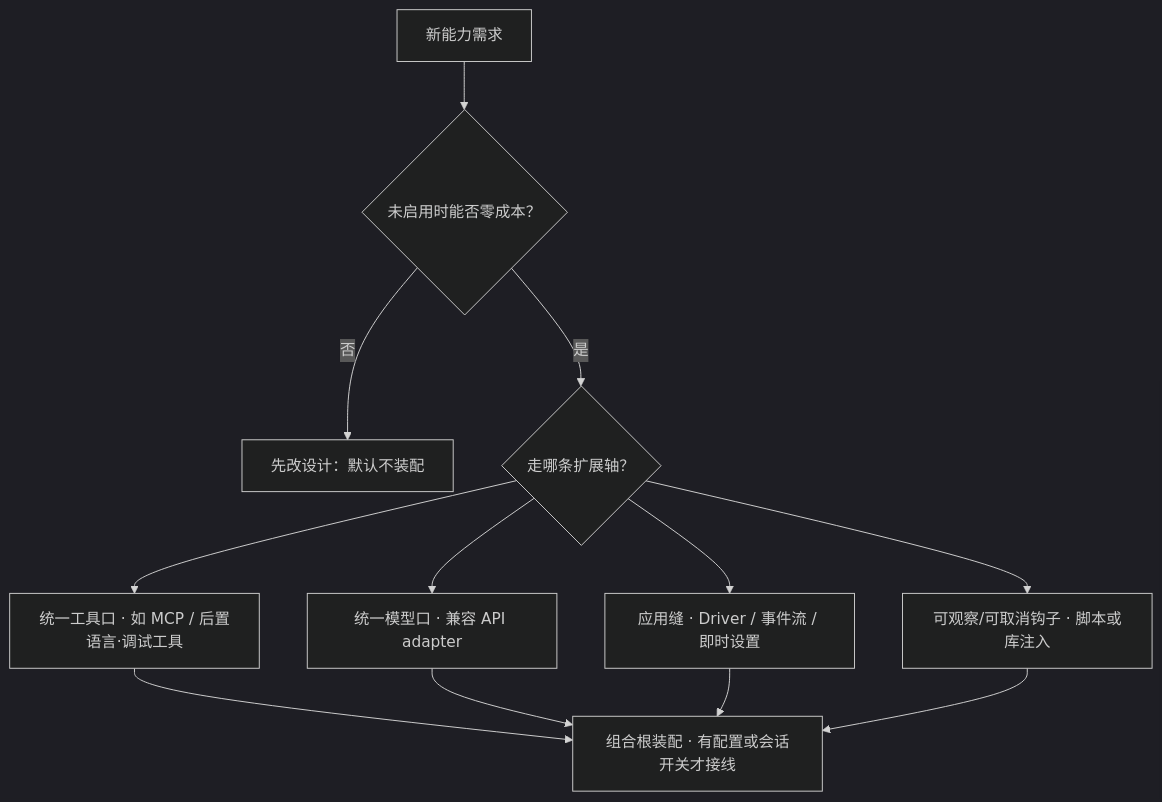
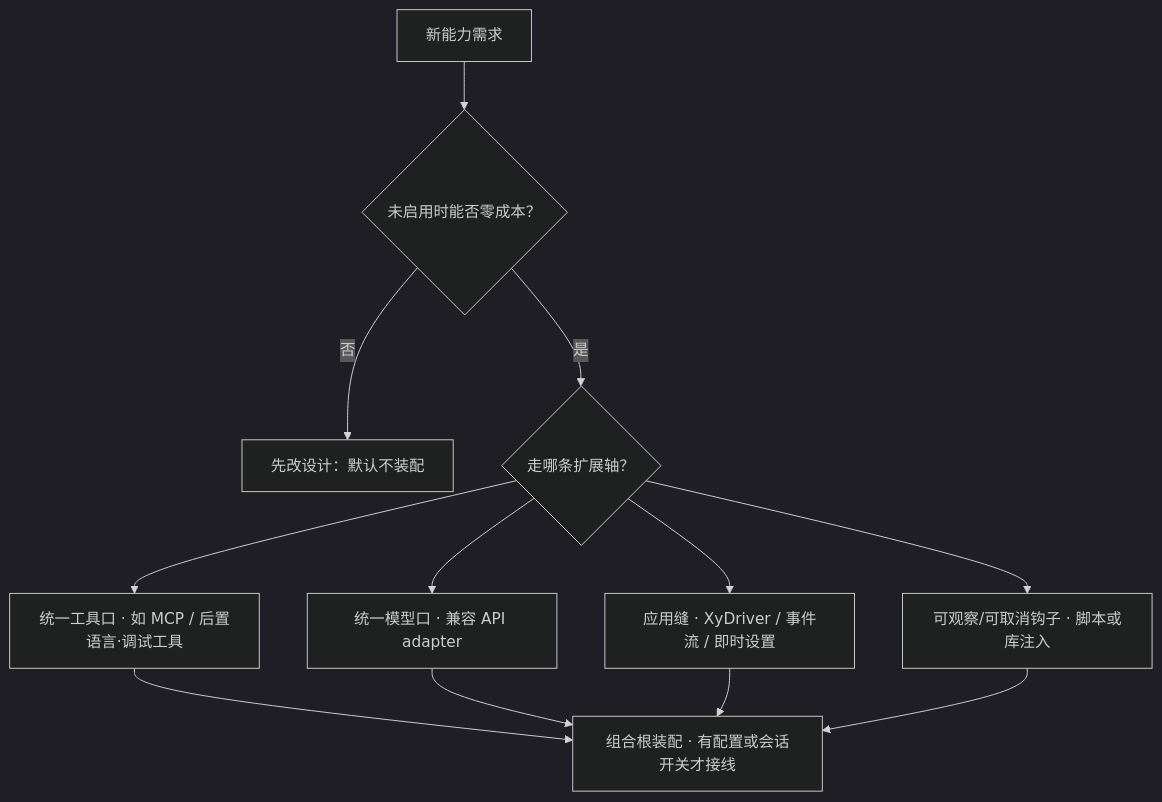
Before and after one commit to StrayDragon/xylitol: the diagram in docs/architecture/扩展与开闭.md, drawn with Mermaid (dark theme). The commit also changed other lines of this file and 59 other files, not shown here.

````diff
--- a/docs/architecture/扩展与开闭.md
+++ b/docs/architecture/扩展与开闭.md
@@ -11,14 +11,14 @@
 ```mermaid
 flowchart TB
   Need["新能力需求"] --> Q{"未启用时能否零成本？"}
   Q -->|否| Reject["先改设计：默认不装配"]
   Q -->|是| Axis{"走哪条扩展轴？"}
   Axis --> Tools["统一工具口 · 如 MCP / 后置语言·调试工具"]
   Axis --> Model["统一模型口 · 兼容 API adapter"]
-  Axis --> Surface["应用缝 · Driver / 事件流 / 即时设置"]
+  Axis --> Surface["应用缝 · XyDriver / 事件流 / 即时设置"]
   Axis --> Hook["可观察/可取消钩子 · 脚本或库注入"]
   Tools --> Assemble["组合根装配 · 有配置或会话开关才接线"]
   Model --> Assemble
   Surface --> Assemble
   Hook --> Assemble
 ```
````
